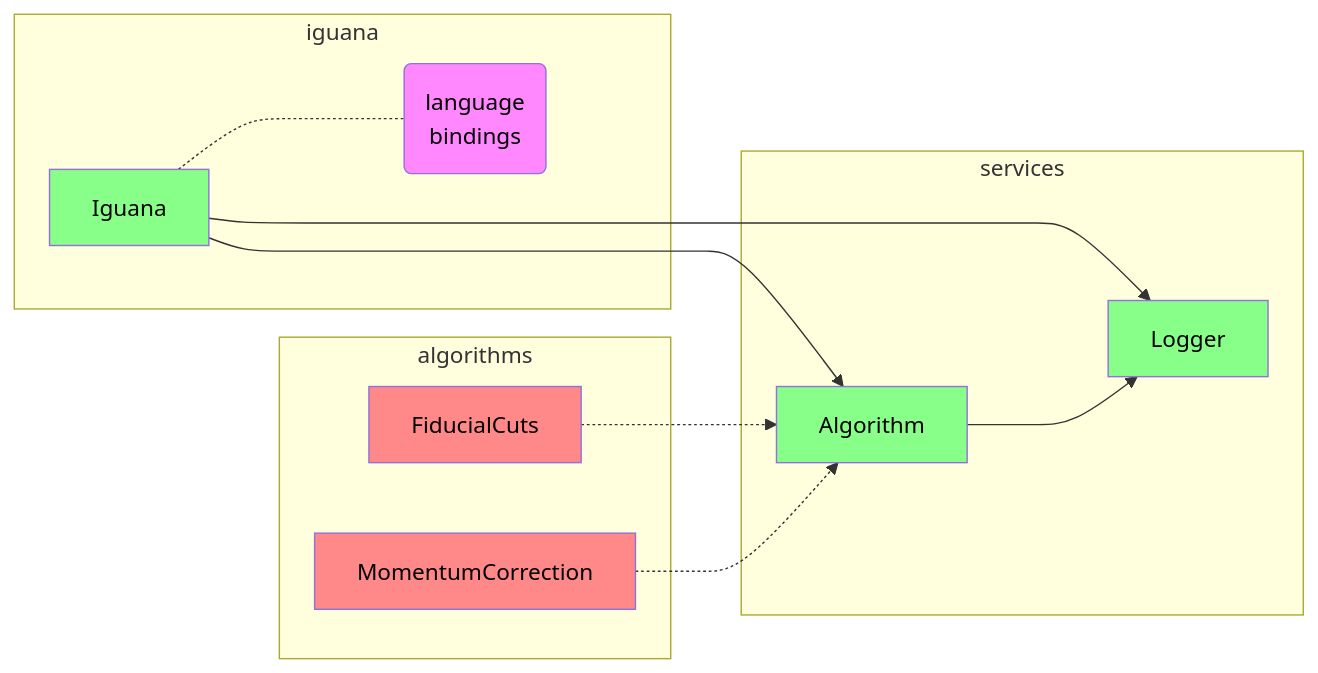
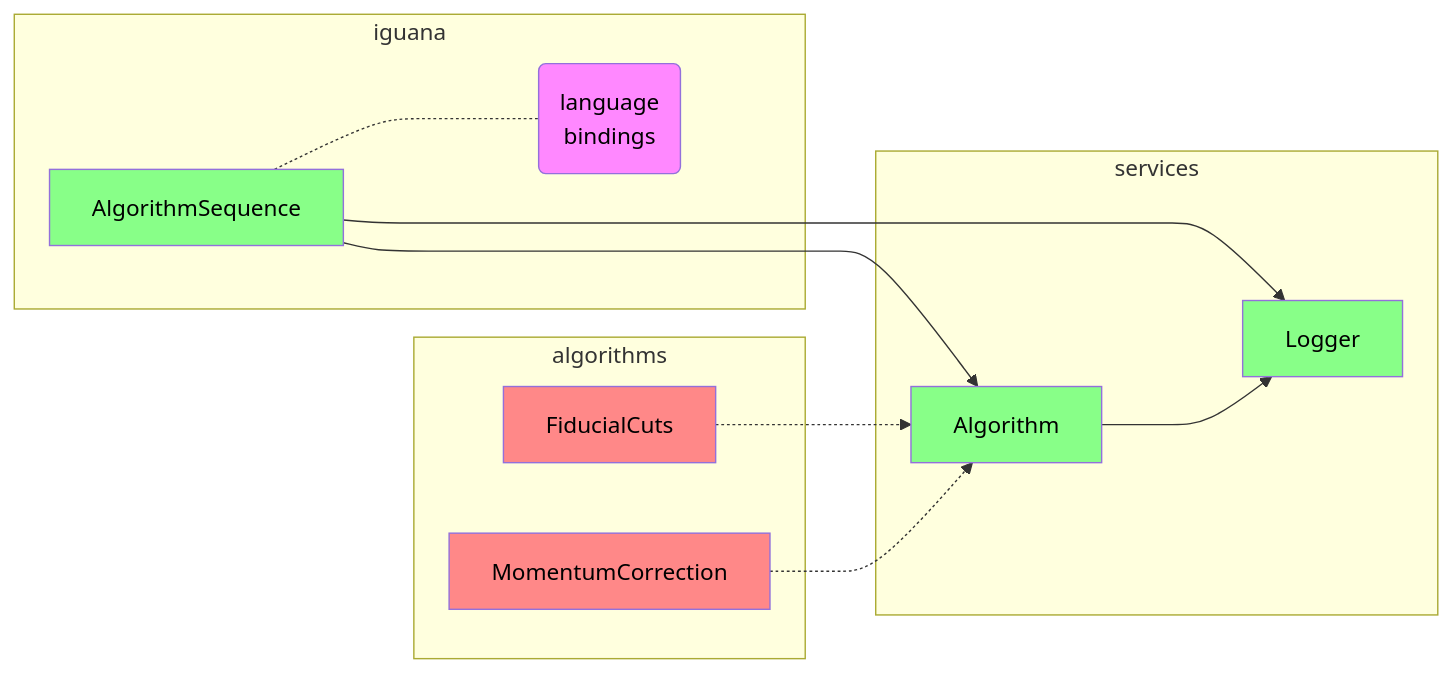
Before and after one commit to JeffersonLab/iguana: the first of 3 diagrams in doc/design.md, drawn with Mermaid. The commit also changed other lines of this file and 4 other files, not shown here.

Commit message:
refactor: rename class `Iguana` -> `AlgorithmSequence`

````diff
--- a/doc/design.md
+++ b/doc/design.md
@@ -7,29 +7,29 @@
 ```mermaid
 flowchart LR
     classDef cls fill:#88ff88,color:black
     classDef algo fill:#ff8888,color:black
     classDef other fill:#ff88ff,color:black
 
     subgraph iguana
-        Iguana:::cls
+        AlgorithmSequence:::cls
         bindings(language<br />bindings):::other
     end
 
     subgraph services
         Algorithm:::cls
         Logger:::cls
     end
 
     subgraph algorithms
         FiducialCuts:::algo
         MomentumCorrection:::algo
     end
 
-    Iguana    ---> Logger
-    Iguana    ---> Algorithm
-    Iguana    -.-  bindings
+    AlgorithmSequence    ---> Logger
+    AlgorithmSequence    ---> Algorithm
+    AlgorithmSequence    -.-  bindings
     Algorithm ---> Logger
 
     FiducialCuts       -.-> Algorithm
     MomentumCorrection       -.-> Algorithm
 ```
````
